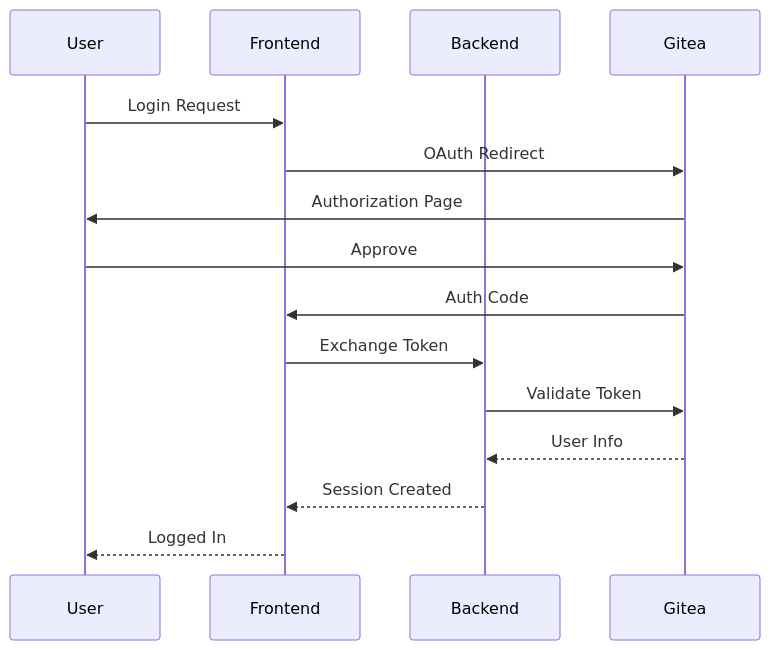
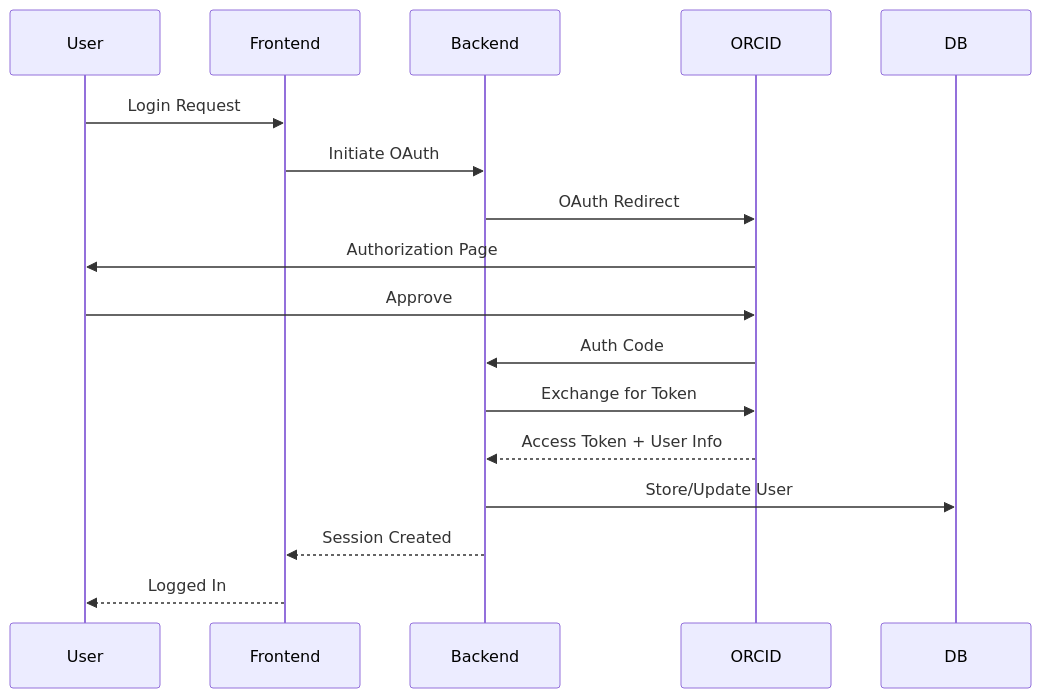
The third of 6 diagrams in ARCHITECTURE.md (marine-term-translations/mtt-self-host-platform), drawn with Mermaid before and after one commit. The commit also changed other lines of this file and 2 other files, not shown here.

Commit message:
Update README, ARCHITECTURE, and SETUP docs to reflect simplified 2-service architecture

````diff
--- a/ARCHITECTURE.md
+++ b/ARCHITECTURE.md
@@ -209,18 +148,19 @@
 ```mermaid
 sequenceDiagram
     participant U as User
     participant FE as Frontend
     participant BE as Backend
-    participant G as Gitea
+    participant ORCID as ORCID
 
     U->>FE: Login Request
-    FE->>G: OAuth Redirect
-    G->>U: Authorization Page
-    U->>G: Approve
-    G->>FE: Auth Code
-    FE->>BE: Exchange Token
-    BE->>G: Validate Token
-    G-->>BE: User Info
+    FE->>BE: Initiate OAuth
+    BE->>ORCID: OAuth Redirect
+    ORCID->>U: Authorization Page
+    U->>ORCID: Approve
+    ORCID->>BE: Auth Code
+    BE->>ORCID: Exchange for Token
+    ORCID-->>BE: Access Token + User Info
+    BE->>DB: Store/Update User
     BE-->>FE: Session Created
     FE-->>U: Logged In
 ```
````
